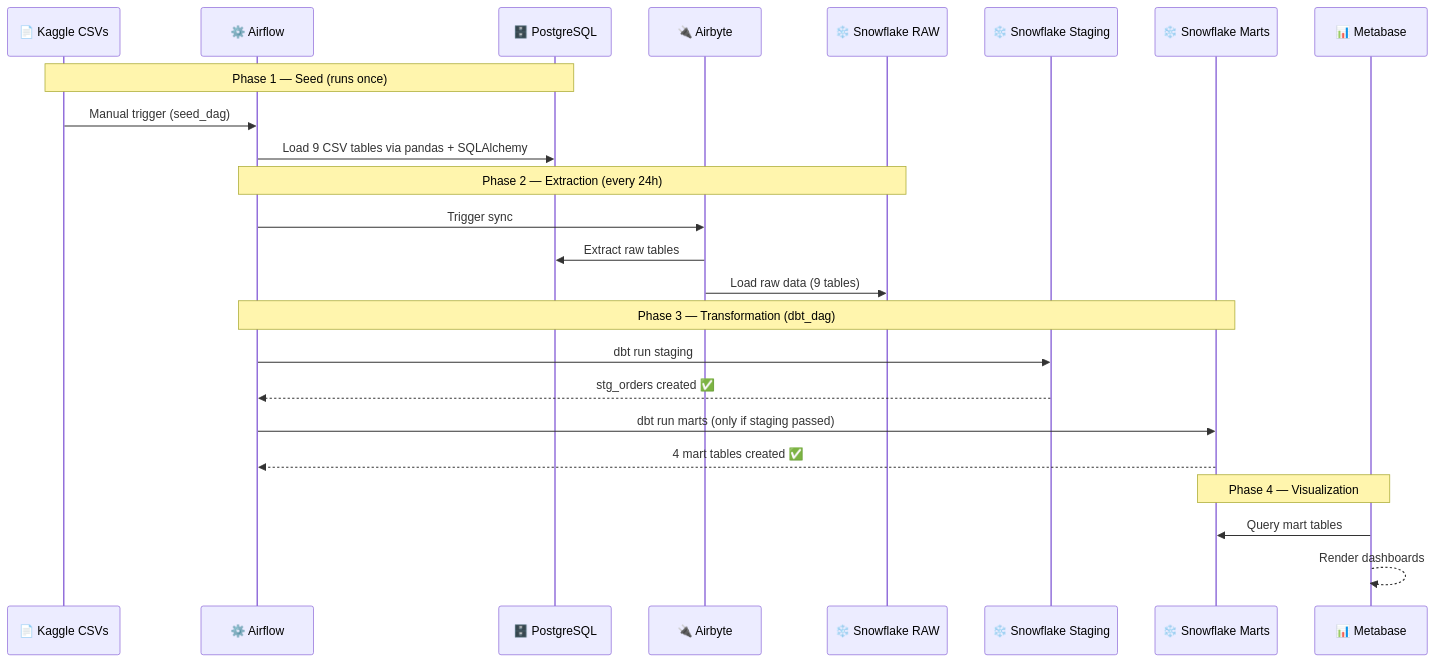
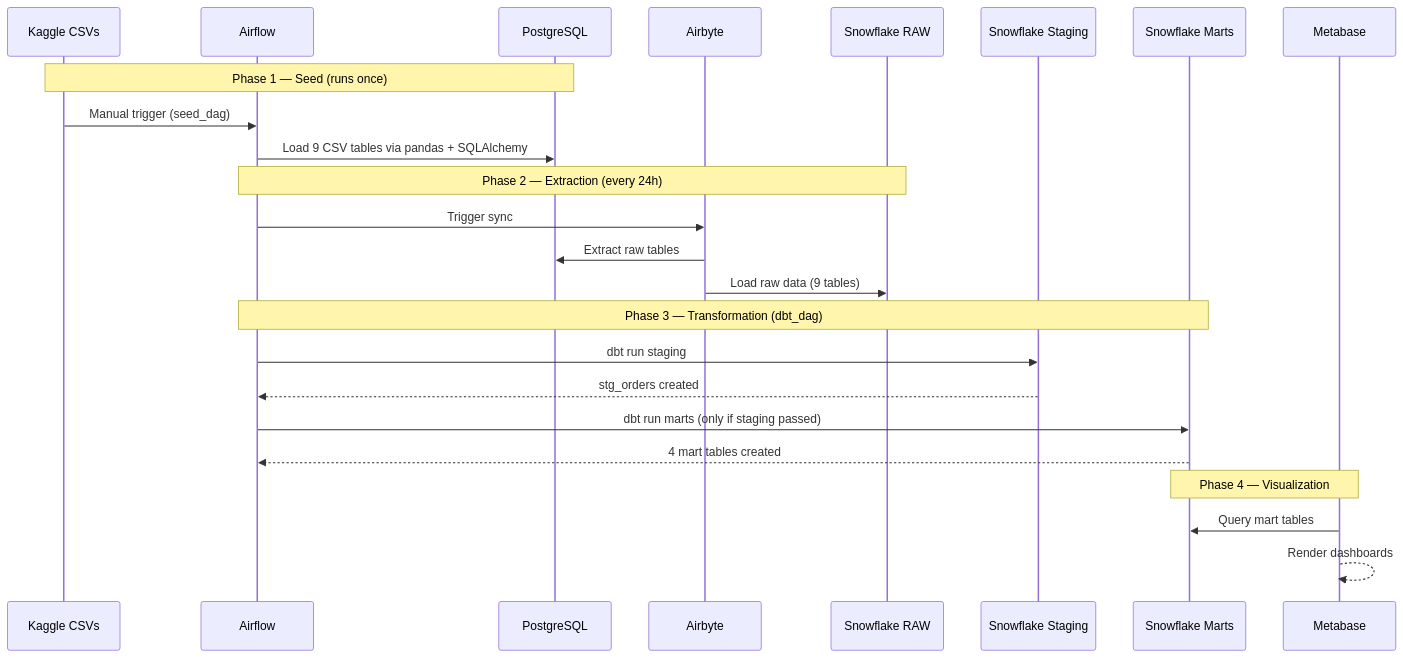
Before and after one commit to srxkatsumi/olist-data-platform: the diagram in README.md, drawn with Mermaid. The commit also changed other lines of this file and 2 other files, not shown here.

````diff
--- a/README.md
+++ b/README.md
@@ -62,30 +100,30 @@
 ```mermaid
 sequenceDiagram
-    participant CSV as 📄 Kaggle CSVs
-    participant AF as ⚙️ Airflow
-    participant PG as 🗄️ PostgreSQL
-    participant AB as 🔌 Airbyte
-    participant RAW as ❄️ Snowflake RAW
-    participant STG as ❄️ Snowflake Staging
-    participant MRT as ❄️ Snowflake Marts
-    participant MB as 📊 Metabase
+    participant CSV as Kaggle CSVs
+    participant AF as Airflow
+    participant PG as PostgreSQL
+    participant AB as Airbyte
+    participant RAW as Snowflake RAW
+    participant STG as Snowflake Staging
+    participant MRT as Snowflake Marts
+    participant MB as Metabase
 
     Note over CSV,PG: Phase 1 — Seed (runs once)
     CSV->>AF: Manual trigger (seed_dag)
     AF->>PG: Load 9 CSV tables via pandas + SQLAlchemy
 
     Note over AF,RAW: Phase 2 — Extraction (every 24h)
     AF->>AB: Trigger sync
     AB->>PG: Extract raw tables
     AB->>RAW: Load raw data (9 tables)
 
     Note over AF,MRT: Phase 3 — Transformation (dbt_dag)
     AF->>STG: dbt run staging
-    STG-->>AF: stg_orders created ✅
+    STG-->>AF: stg_orders created
     AF->>MRT: dbt run marts (only if staging passed)
-    MRT-->>AF: 4 mart tables created ✅
+    MRT-->>AF: 4 mart tables created
 
     Note over MRT,MB: Phase 4 — Visualization
     MB->>MRT: Query mart tables
     MB-->>MB: Render dashboards
 ```
````
